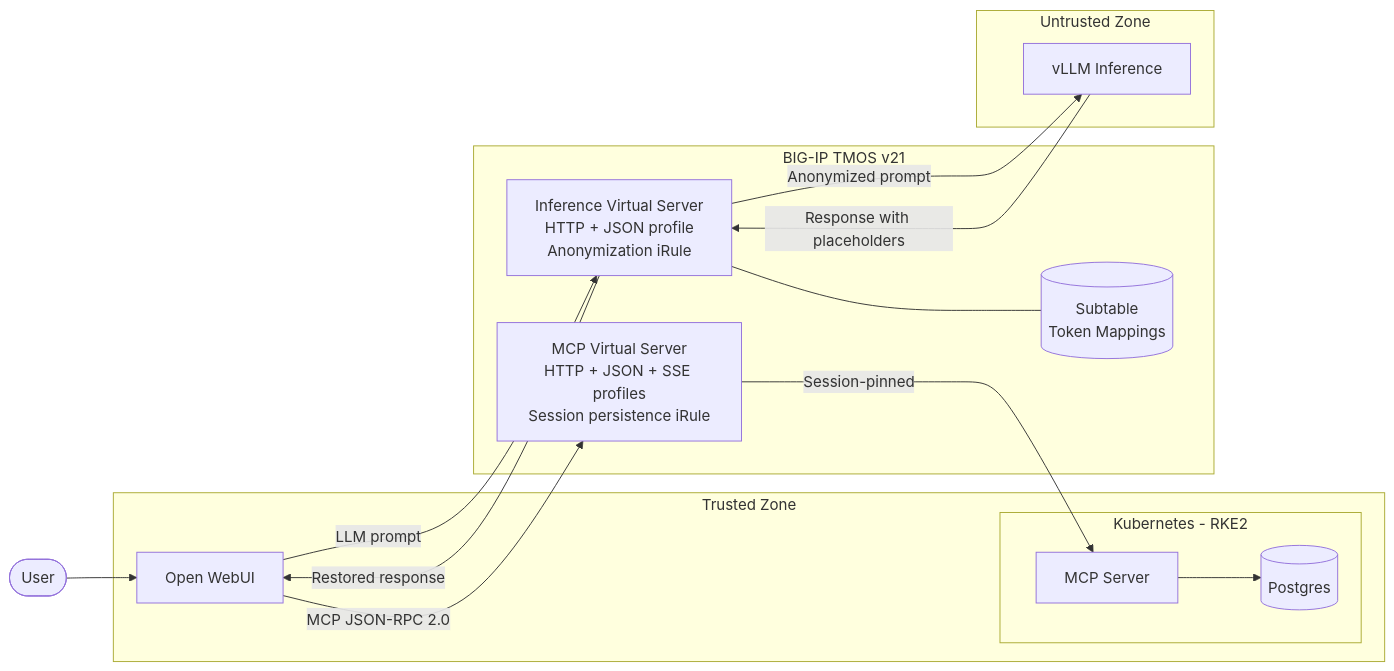
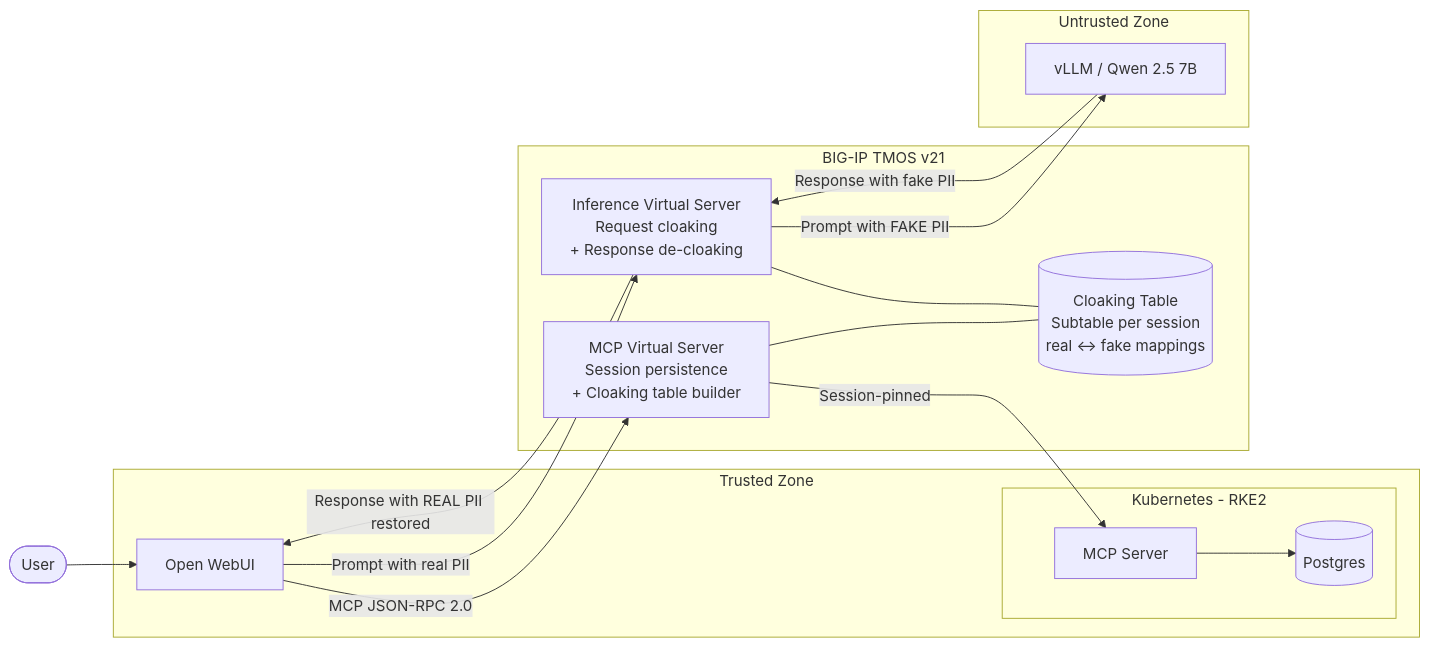
One commit to j2rsolutions/f5_mcp_context_cloak changed the first of 2 diagrams in docs/architecture.md. Above: the diagram before and after it, drawn with Mermaid. The commit also changed other lines of this file and 22 other files, not shown here.

````diff
--- a/docs/architecture.md
+++ b/docs/architecture.md
@@ -5,32 +92,33 @@
 ```mermaid
 graph LR
     User([User]) --> OpenWebUI[Open WebUI]
 
     subgraph Trusted Zone
         OpenWebUI
         subgraph Kubernetes - RKE2
             MCP[MCP Server]
             PG[(Postgres)]
         end
     end
 
     subgraph BIG-IP TMOS v21
-        MCP_VS[MCP Virtual Server<br/>HTTP + JSON + SSE profiles<br/>Session persistence iRule]
-        INF_VS[Inference Virtual Server<br/>HTTP + JSON profile<br/>Anonymization iRule]
-        SUBTABLE[(Subtable<br/>Token Mappings)]
-        INF_VS --- SUBTABLE
+        MCP_VS[MCP Virtual Server<br/>Session persistence<br/>+ Cloaking table builder]
+        INF_VS[Inference Virtual Server<br/>Request cloaking<br/>+ Response de-cloaking]
+        CLOAK[(Cloaking Table<br/>Subtable per session<br/>real ↔ fake mappings)]
+        MCP_VS --- CLOAK
+        INF_VS --- CLOAK
     end
 
     subgraph Untrusted Zone
-        vLLM[vLLM Inference]
+        vLLM[vLLM / Qwen 2.5 7B]
     end
 
     OpenWebUI -->|MCP JSON-RPC 2.0| MCP_VS
     MCP_VS -->|Session-pinned| MCP
     MCP --> PG
 
-    OpenWebUI -->|LLM prompt| INF_VS
-    INF_VS -->|Anonymized prompt| vLLM
-    vLLM -->|Response with placeholders| INF_VS
-    INF_VS -->|Restored response| OpenWebUI
+    OpenWebUI -->|Prompt with real PII| INF_VS
+    INF_VS -->|Prompt with FAKE PII| vLLM
+    vLLM -->|Response with fake PII| INF_VS
+    INF_VS -->|Response with REAL PII restored| OpenWebUI
 ```
````
